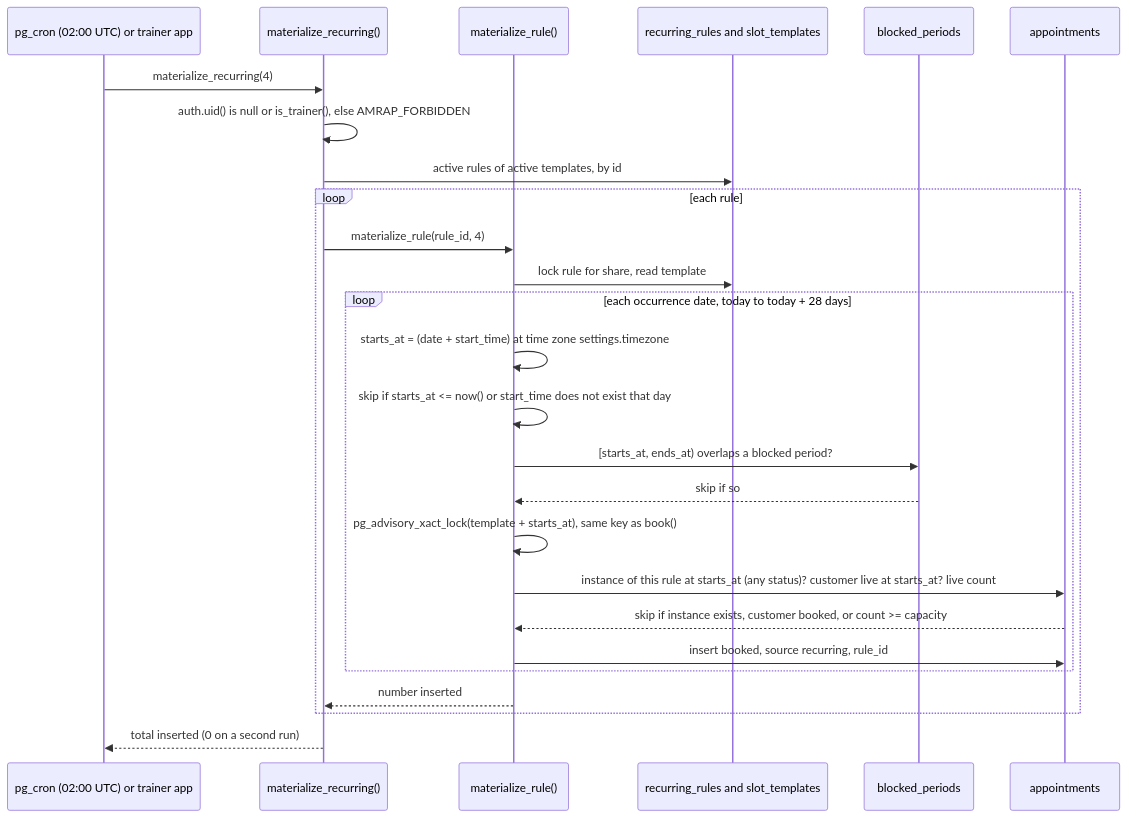
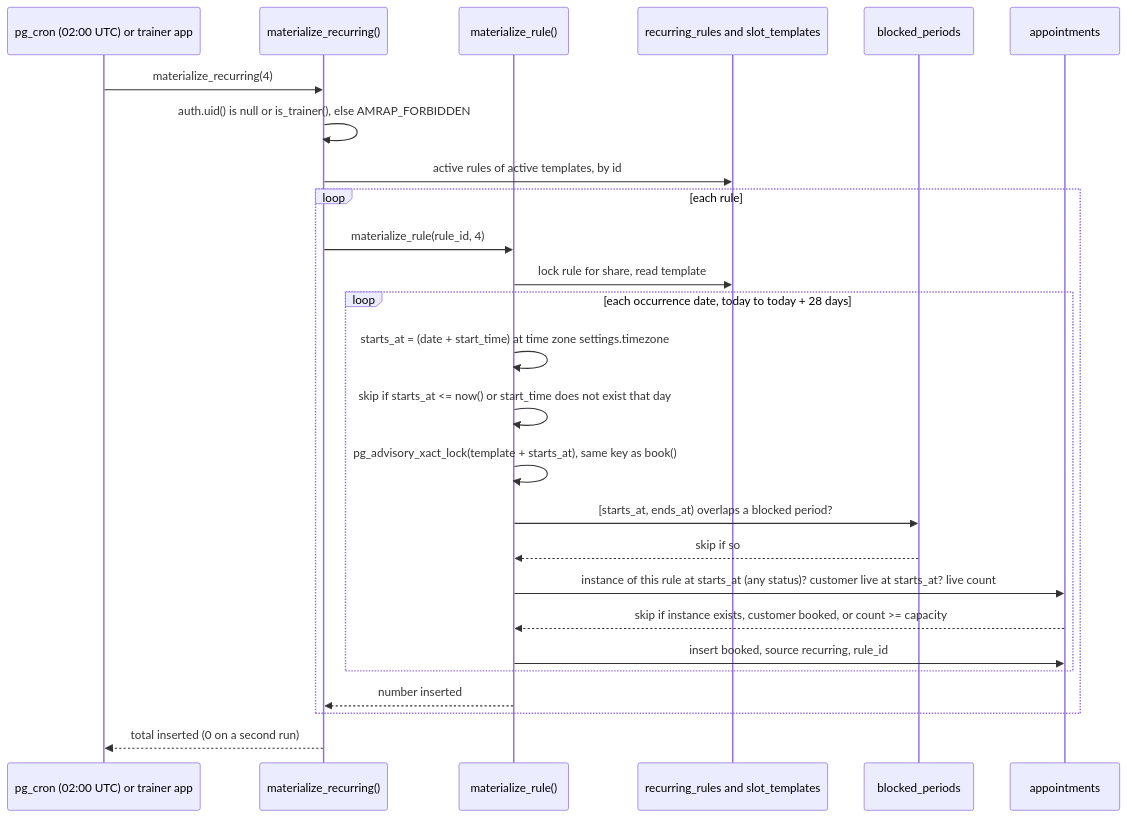
The diagram in docs/architecture/materialization-sequence.md (JasaGlazar/amrap), drawn with Mermaid before and after one commit. The commit also changed other lines of this file and 12 other files, not shown here.

````diff
--- a/docs/architecture/materialization-sequence.md
+++ b/docs/architecture/materialization-sequence.md
@@ -16,29 +17,29 @@
 ```mermaid
 sequenceDiagram
     participant Cron as pg_cron (02:00 UTC) or trainer app
     participant M as materialize_recurring()
     participant H as materialize_rule()
     participant R as recurring_rules and slot_templates
     participant BP as blocked_periods
     participant A as appointments
 
     Cron->>M: materialize_recurring(4)
     M->>M: auth.uid() is null or is_trainer(), else AMRAP_FORBIDDEN
     M->>R: active rules of active templates, by id
     loop each rule
         M->>H: materialize_rule(rule_id, 4)
         H->>R: lock rule for share, read template
         loop each occurrence date, today to today + 28 days
             H->>H: starts_at = (date + start_time) at time zone settings.timezone
             H->>H: skip if starts_at <= now() or start_time does not exist that day
+            H->>H: pg_advisory_xact_lock(template + starts_at), same key as book()
             H->>BP: [starts_at, ends_at) overlaps a blocked period?
             BP-->>H: skip if so
-            H->>H: pg_advisory_xact_lock(template + starts_at), same key as book()
             H->>A: instance of this rule at starts_at (any status)? customer live at starts_at? live count
             A-->>H: skip if instance exists, customer booked, or count >= capacity
             H->>A: insert booked, source recurring, rule_id
         end
         H-->>M: number inserted
     end
     M-->>Cron: total inserted (0 on a second run)
 ```
````
